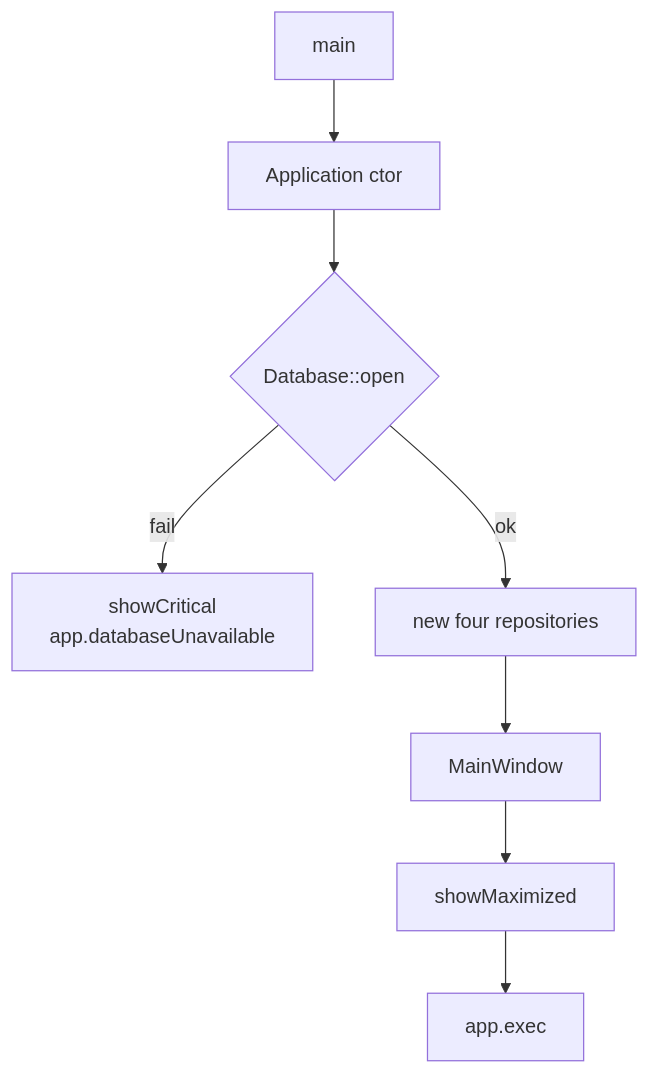
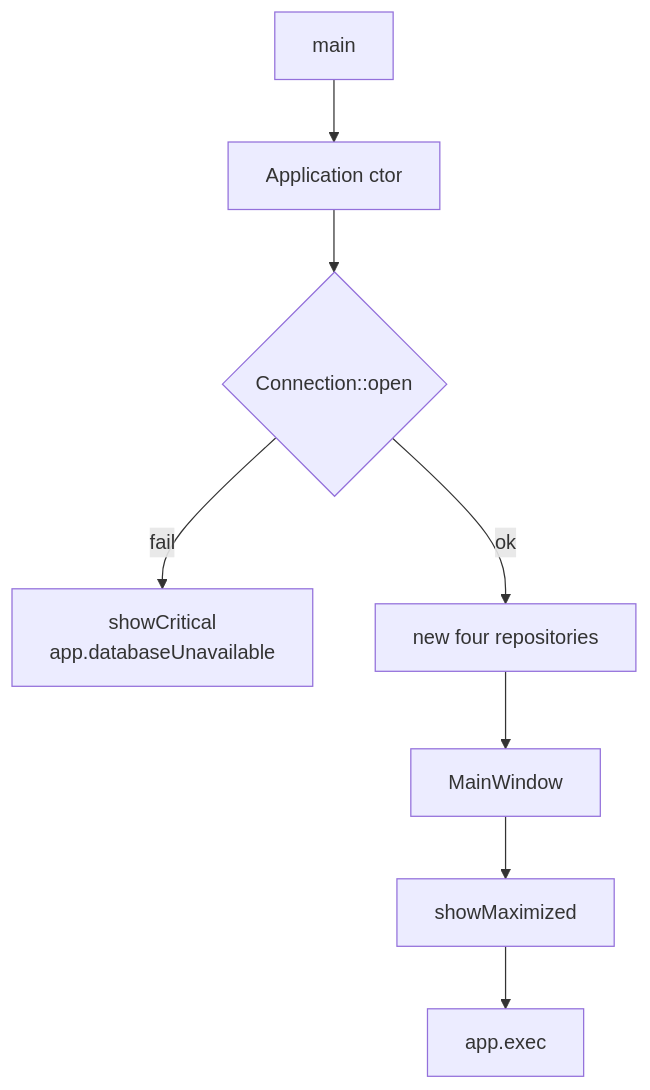
Diagram 22 of 27 in docs/architecture/beta-uml.md (medaminben/VLMS), drawn with Mermaid before and after one commit. The commit also changed other lines of this file, not shown here.

Commit message:
Refresh the Beta UML for the library split and schema 7.

````diff
--- a/docs/architecture/beta-uml.md
+++ b/docs/architecture/beta-uml.md
@@ -678,10 +786,10 @@
 ```mermaid
 flowchart TD
     A[main] --> B[Application ctor]
-    B --> C{Database::open}
+    B --> C{Connection::open}
     C -->|fail| D[showCritical<br/>app.databaseUnavailable]
     C -->|ok| E[new four repositories]
     E --> F[MainWindow]
     F --> G[showMaximized]
     G --> H[app.exec]
 ```
````
